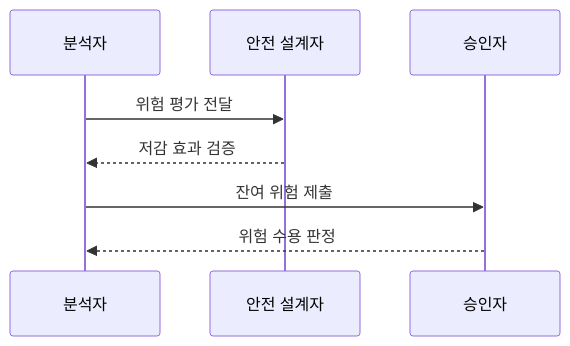
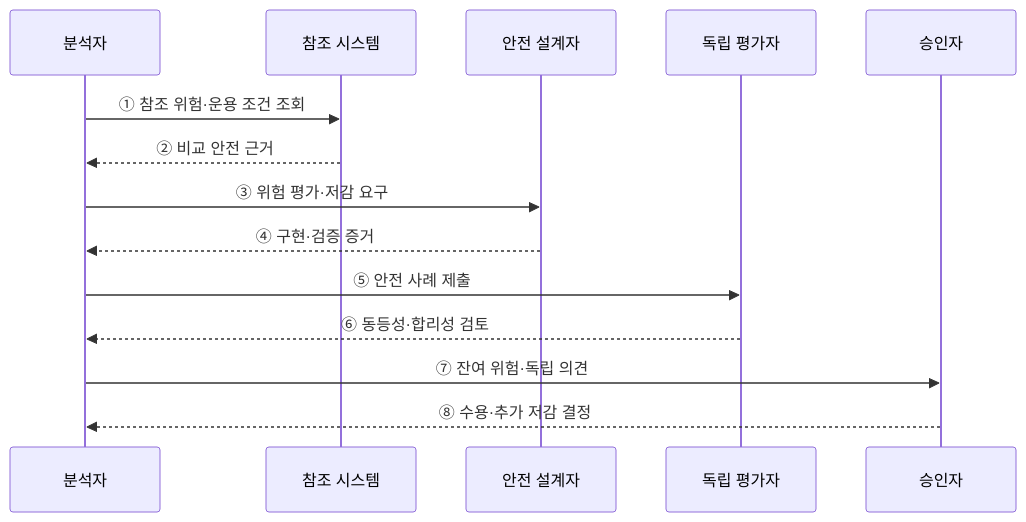
Before and after one commit to agnusdei1207/knowledge-base: the second of 2 diagrams in src/content/docs/notes/03-software/077_software_safety_gamab_alarp.md, drawn with Mermaid. The commit also changed other lines of this file and 20 other files, not shown here.

````diff
--- a/src/content/docs/notes/03-software/077_software_safety_gamab_alarp.md
+++ b/src/content/docs/notes/03-software/077_software_safety_gamab_alarp.md
@@ -74,10 +67,16 @@
 ```mermaid
 sequenceDiagram
     participant A as 분석자
+    participant F as 참조 시스템
     participant S as 안전 설계자
+    participant V as 독립 평가자
     participant R as 승인자
-    A->>S: 위험 평가 전달
-    S-->>A: 저감 효과 검증
-    A->>R: 잔여 위험 제출
-    R-->>A: 위험 수용 판정
+    A->>F: ① 참조 위험·운용 조건 조회
+    F-->>A: ② 비교 안전 근거
+    A->>S: ③ 위험 평가·저감 요구
+    S-->>A: ④ 구현·검증 증거
+    A->>V: ⑤ 안전 사례 제출
+    V-->>A: ⑥ 동등성·합리성 검토
+    A->>R: ⑦ 잔여 위험·독립 의견
+    R-->>A: ⑧ 수용·추가 저감 결정
 ```
````
